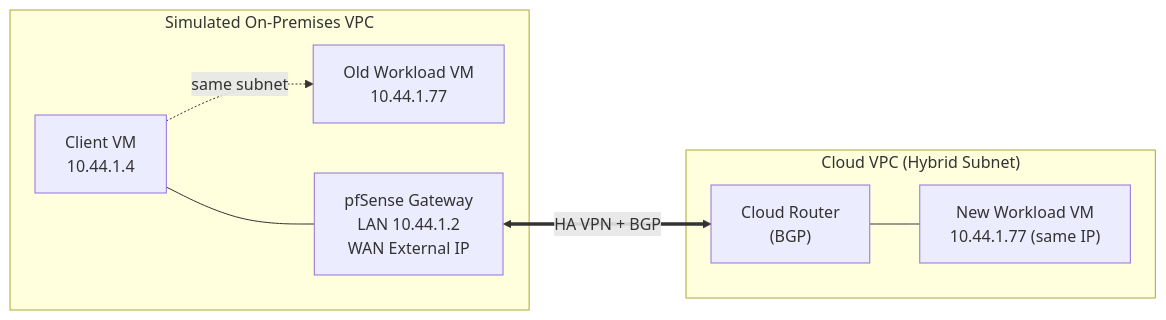
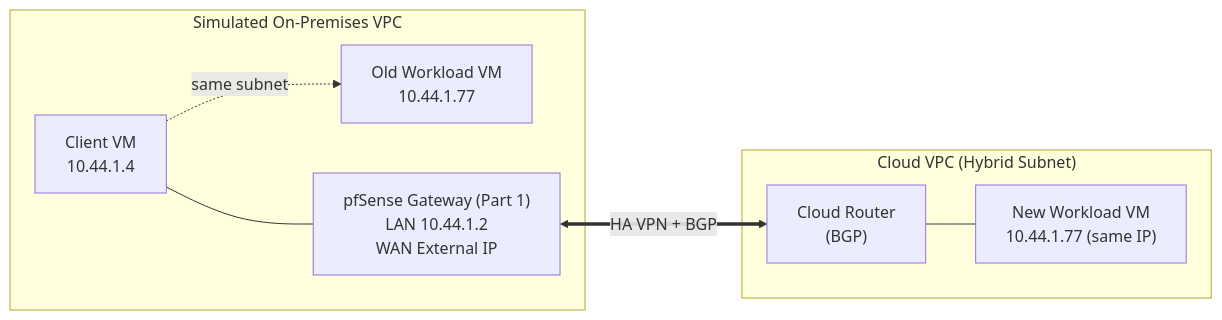
One commit to terensy/gcp-hybrid-subnets-lab changed the diagram in README.en.md. Above: the diagram before and after it, drawn with Mermaid. The commit also changed other lines of this file and 1 other file, not shown here.

First line of the commit message:
Merge pfsense-on-gcp into this repo as Part 1 of one build guide

````diff
--- a/README.en.md
+++ b/README.en.md
@@ -17,18 +277,18 @@
 ```mermaid
 flowchart LR
     subgraph OnPrem["Simulated On-Premises VPC"]
         Client["Client VM<br/>10.44.1.4"]
         OldVM["Old Workload VM<br/>10.44.1.77"]
-        pfSense["pfSense Gateway<br/>LAN 10.44.1.2<br/>WAN External IP"]
+        pfSense["pfSense Gateway (Part 1)<br/>LAN 10.44.1.2<br/>WAN External IP"]
         Client -.same subnet.-> OldVM
         Client --- pfSense
     end
 
     subgraph Cloud["Cloud VPC (Hybrid Subnet)"]
         NewVM["New Workload VM<br/>10.44.1.77 (same IP)"]
         Router["Cloud Router<br/>(BGP)"]
         Router --- NewVM
     end
 
     pfSense <== "HA VPN + BGP" ==> Router
 ```
````
